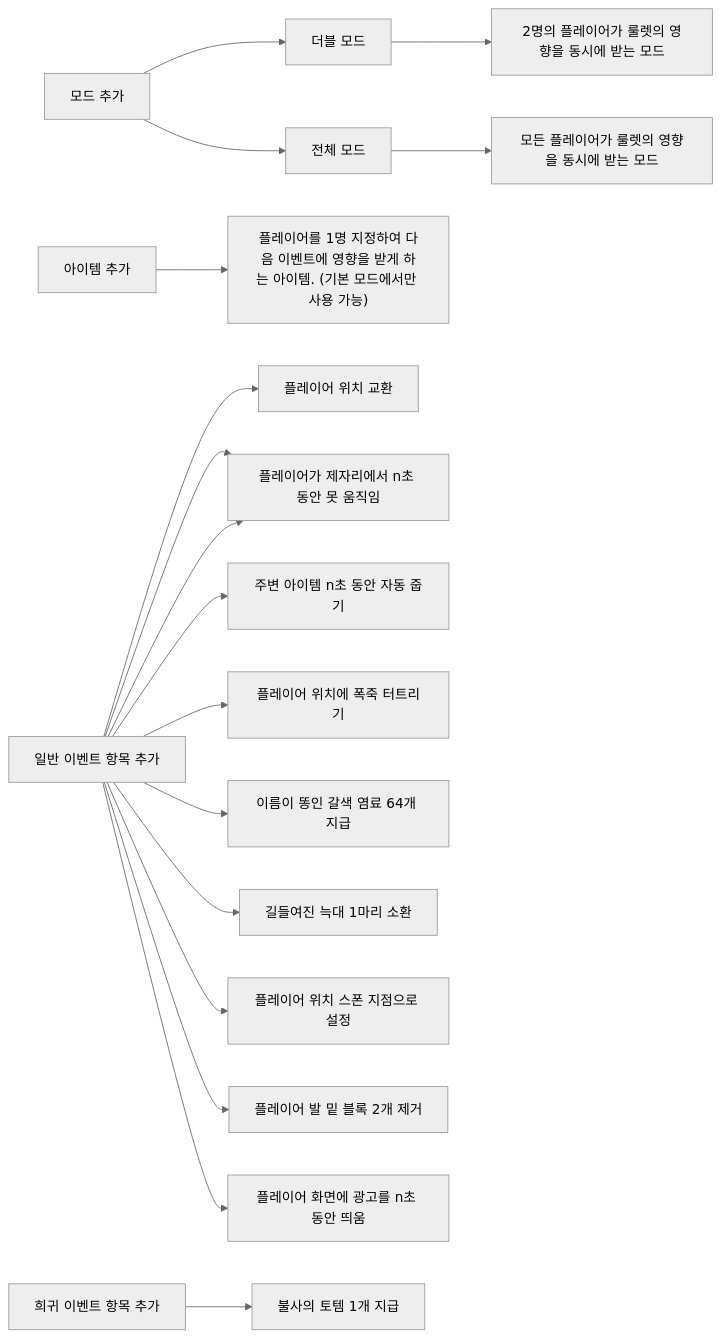
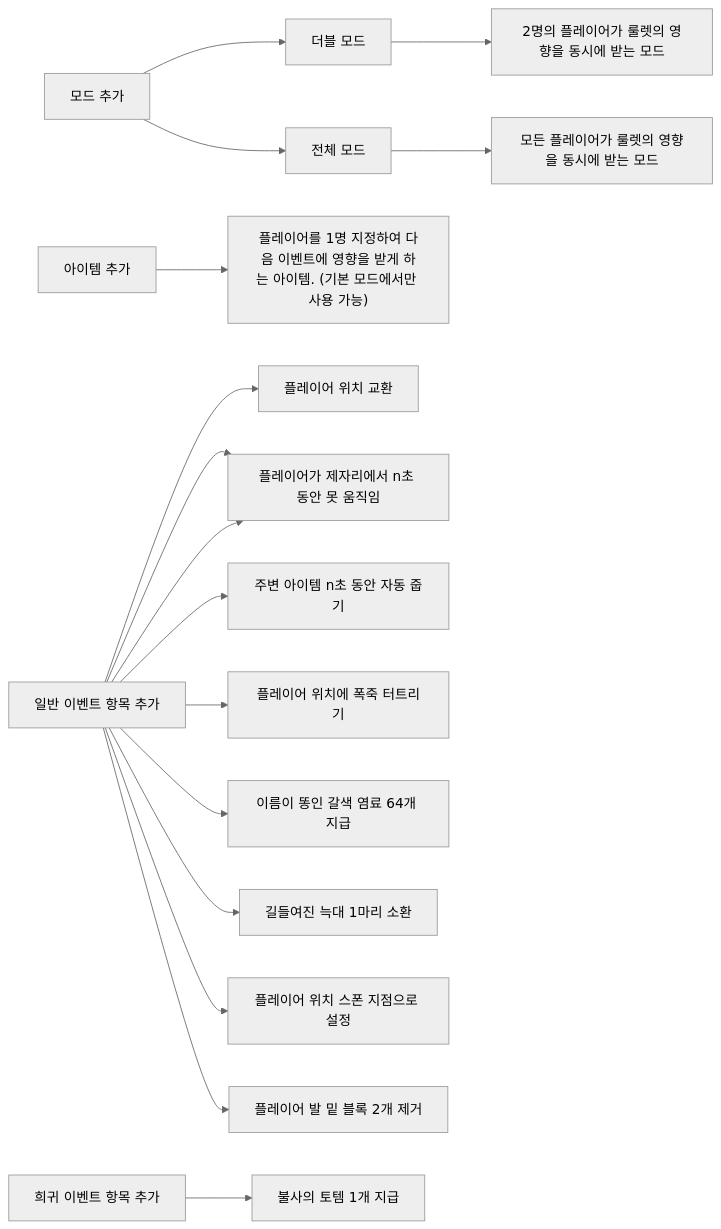
Before and after one commit to mc-playground/random-events-survival: the diagram in README.md, drawn with Mermaid (neutral theme). The commit also changed 13 other files, not shown here.

````diff
--- a/README.md
+++ b/README.md
@@ -38,20 +38,19 @@
 ```mermaid
 graph LR
 Step1["모드 추가"] --> DoubleMode["더블 모드"] --> DoubleModeDesc["2명의 플레이어가 룰렛의 영향을 동시에 받는 모드"]
 Step1 --> AllMode["전체 모드"] --> AllModeDesc["모든 플레이어가 룰렛의 영향을 동시에 받는 모드"]
 
 Step2["아이템 추가"] --> PickerStick["플레이어를 1명 지정하여 다음 이벤트에 영향을 받게 하는 아이템. (기본 모드에서만 사용 가능)"]
 
 Step3["일반 이벤트 항목 추가"] --> A1["플레이어 위치 교환"]
 Step3 --> A2["플레이어 위치에 랜덤 몹 1개 소환"]
 Step3 --> A2["플레이어가 제자리에서 n초 동안 못 움직임"]
 Step3 --> A3["주변 아이템 n초 동안 자동 줍기"]
 Step3 --> A4["플레이어 위치에 폭죽 터트리기"]
 Step3 --> A5["이름이 똥인 갈색 염료 64개 지급"]
 Step3 --> A6["길들여진 늑대 1마리 소환"]
 Step3 --> A7["플레이어 위치 스폰 지점으로 설정"]
 Step3 --> A8["플레이어 발 밑 블록 2개 제거"]
-Step3 --> A9["플레이어 화면에 광고를 n초 동안 띄움"]
 
 Step4["희귀 이벤트 항목 추가"] --> B2["불사의 토템 1개 지급"]
 ```
````
